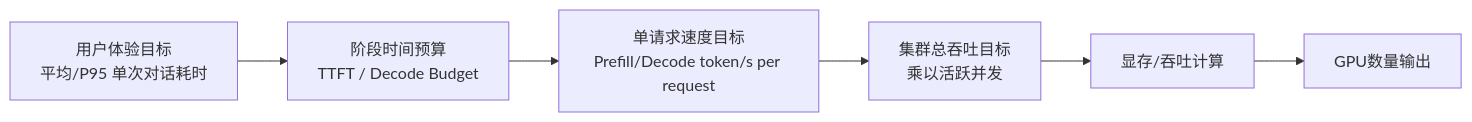
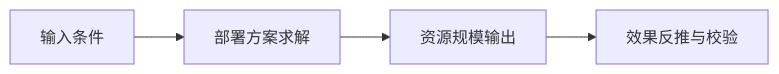
The diagram in docs/llm_gpu_inference_calc.md (exitNA/llm_gpu_inference_calc), drawn with Mermaid before and after one commit. The commit also changed other lines of this file, not shown here.

````diff
--- a/docs/llm_gpu_inference_calc.md
+++ b/docs/llm_gpu_inference_calc.md
@@ -45,11 +64,9 @@
 ```mermaid
 flowchart LR
-    A[用户体验目标<br>平均/P95 单次对话耗时]
-    B[阶段时间预算<br>TTFT / Decode Budget]
-    C[单请求速度目标<br>Prefill/Decode token/s per request]
-    D[集群总吞吐目标<br>乘以活跃并发]
-    E[显存/吞吐计算]
-    F[GPU数量输出]
+    A[输入条件]
+    B[部署方案求解]
+    C[资源规模输出]
+    D[效果反推与校验]
 
-    A --> B --> C --> D --> E --> F
+    A --> B --> C --> D
 ```
````
